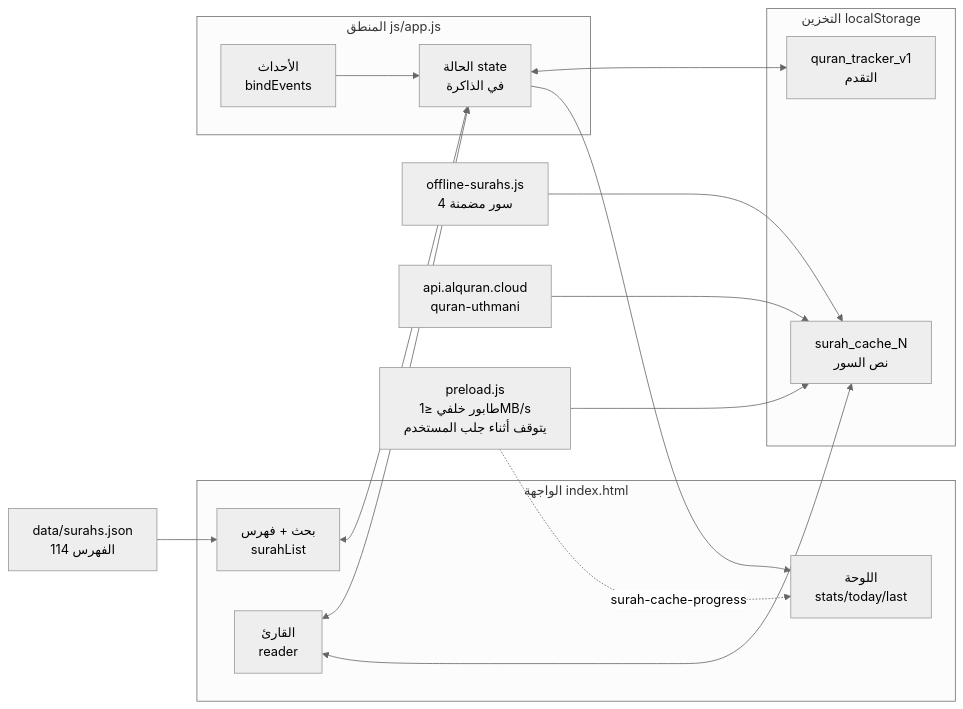
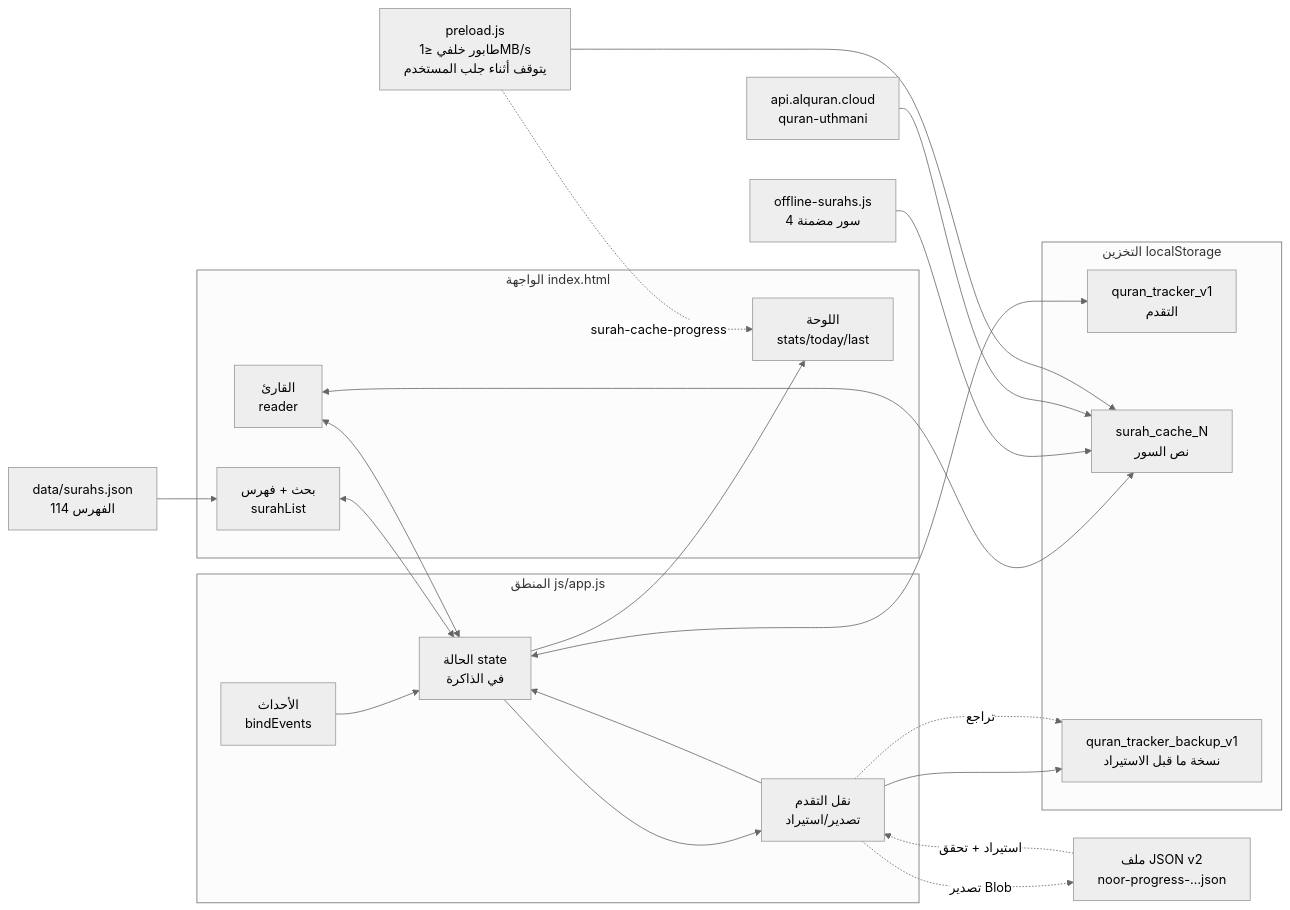
Before and after one commit to jabar-reda/quran-app: the first of 6 diagrams in docs/CODE-MAP.md, drawn with Mermaid (neutral theme). The commit also changed other lines of this file and 13 other files, not shown here.

````diff
--- a/docs/CODE-MAP.md
+++ b/docs/CODE-MAP.md
@@ -8,31 +8,40 @@
 ```mermaid
 flowchart LR
     subgraph UI["الواجهة index.html"]
         S["بحث + فهرس<br/>surahList"]
         R["القارئ<br/>reader"]
         D["اللوحة<br/>stats/today/last"]
     end
     subgraph APP["المنطق js/app.js"]
         ST["الحالة state<br/>في الذاكرة"]
         EV["الأحداث<br/>bindEvents"]
+        TR["نقل التقدم<br/>تصدير/استيراد"]
     end
     subgraph STORE["التخزين localStorage"]
         K["quran_tracker_v1<br/>التقدم"]
         C["surah_cache_N<br/>نص السور"]
+        B["quran_tracker_backup_v1<br/>نسخة ما قبل الاستيراد"]
     end
     OFF["offline-surahs.js<br/>4 سور مضمنة"]
     API["api.alquran.cloud<br/>quran-uthmani"]
     NET["data/surahs.json<br/>الفهرس 114"]
+    FILE["ملف JSON v2<br/>noor-progress-…json"]
 
     EV --> ST
     S <--> ST
     R <--> ST
     ST <--> K
+    ST --> TR
+    TR -.->|"تصدير Blob"| FILE
+    FILE -.->|"استيراد + تحقق"| TR
+    TR --> ST
+    TR --> B
+    TR -.->|"تراجع"| B
     R <--> C
     OFF --> C
     API --> C
     PRE["preload.js<br/>طابور خلفي ≤1MB/s<br/>يتوقف أثناء جلب المستخدم"] --> C
     PRE -.->|"surah-cache-progress"| D
     NET --> S
     ST --> D
 ```
````
